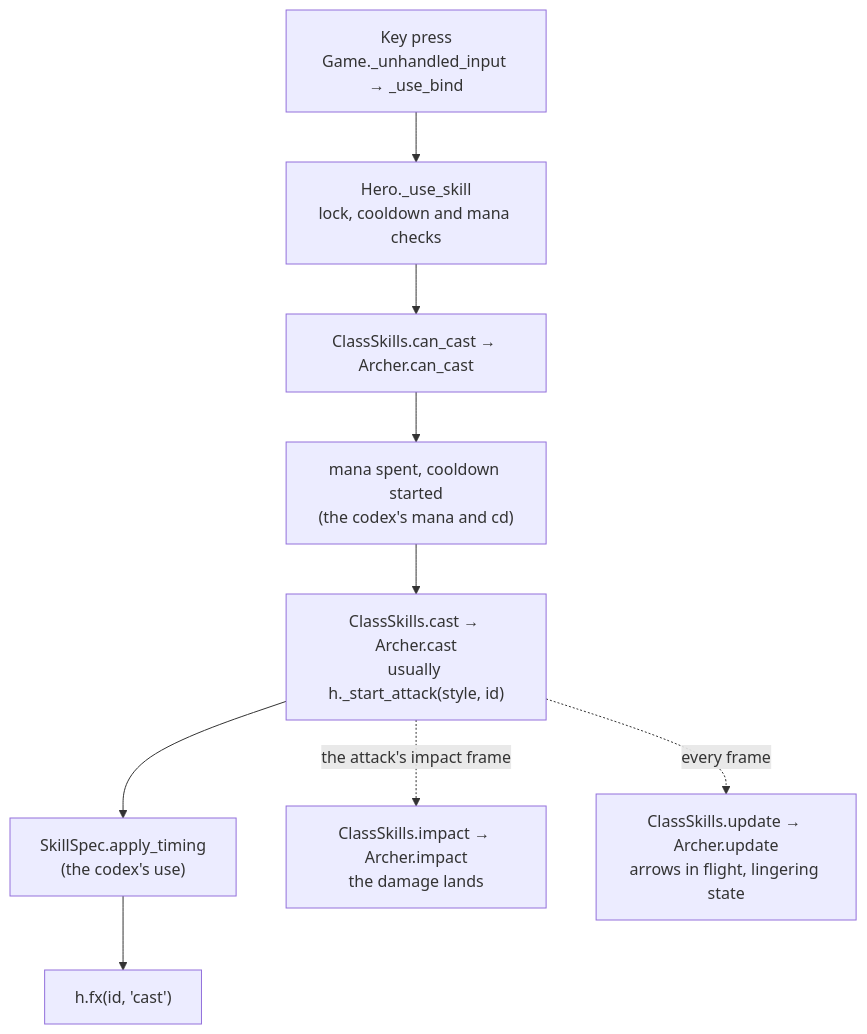
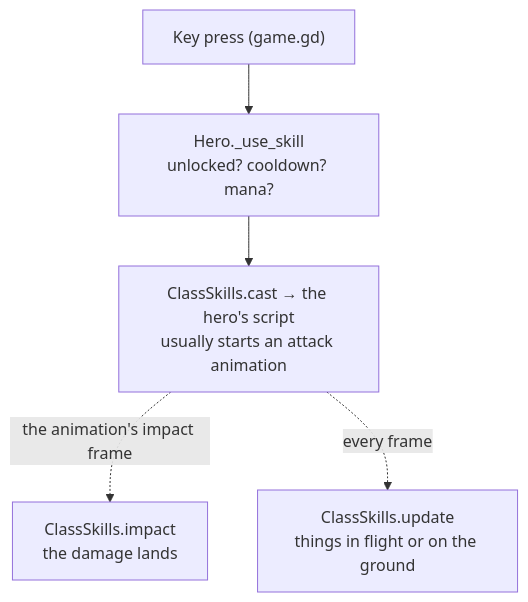
Before and after one commit to jjcw1337-rgb/ashen-crown: the diagram in docs/content/skills.md, drawn with Mermaid. The commit also changed other lines of this file and 31 other files, not shown here.

````diff
--- a/docs/content/skills.md
+++ b/docs/content/skills.md
@@ -9,11 +7,7 @@
 ```mermaid
 flowchart TD
-  key["Key press<br/>Game._unhandled_input → _use_bind"] --> use["Hero._use_skill<br/>lock, cooldown and mana checks"]
-  use --> can["ClassSkills.can_cast → Archer.can_cast"]
-  can --> spend["mana spent, cooldown started<br/>(the codex's mana and cd)"]
-  spend --> cast["ClassSkills.cast → Archer.cast<br/>usually h._start_attack(style, id)"]
-  cast --> timing["SkillSpec.apply_timing<br/>(the codex's use)"]
-  timing --> cue["h.fx(id, 'cast')"]
-  cast -. "the attack's impact frame" .-> impact["ClassSkills.impact → Archer.impact<br/>the damage lands"]
-  cast -. "every frame" .-> update["ClassSkills.update → Archer.update<br/>arrows in flight, lingering state"]
+  key["Key press (game.gd)"] --> use["Hero._use_skill<br/>unlocked? cooldown? mana?"]
+  use --> cast["ClassSkills.cast → the hero's script<br/>usually starts an attack animation"]
+  cast -. "the animation's impact frame" .-> impact["ClassSkills.impact<br/>the damage lands"]
+  cast -. "every frame" .-> update["ClassSkills.update<br/>things in flight or on the ground"]
 ```
````
